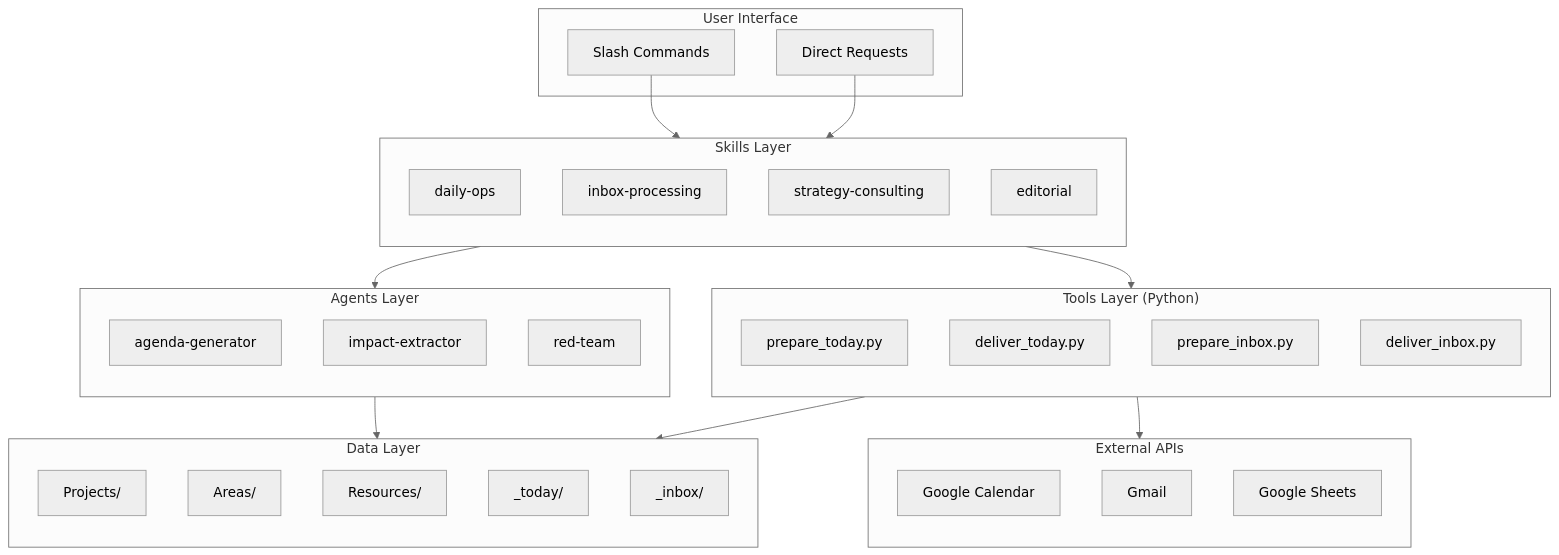
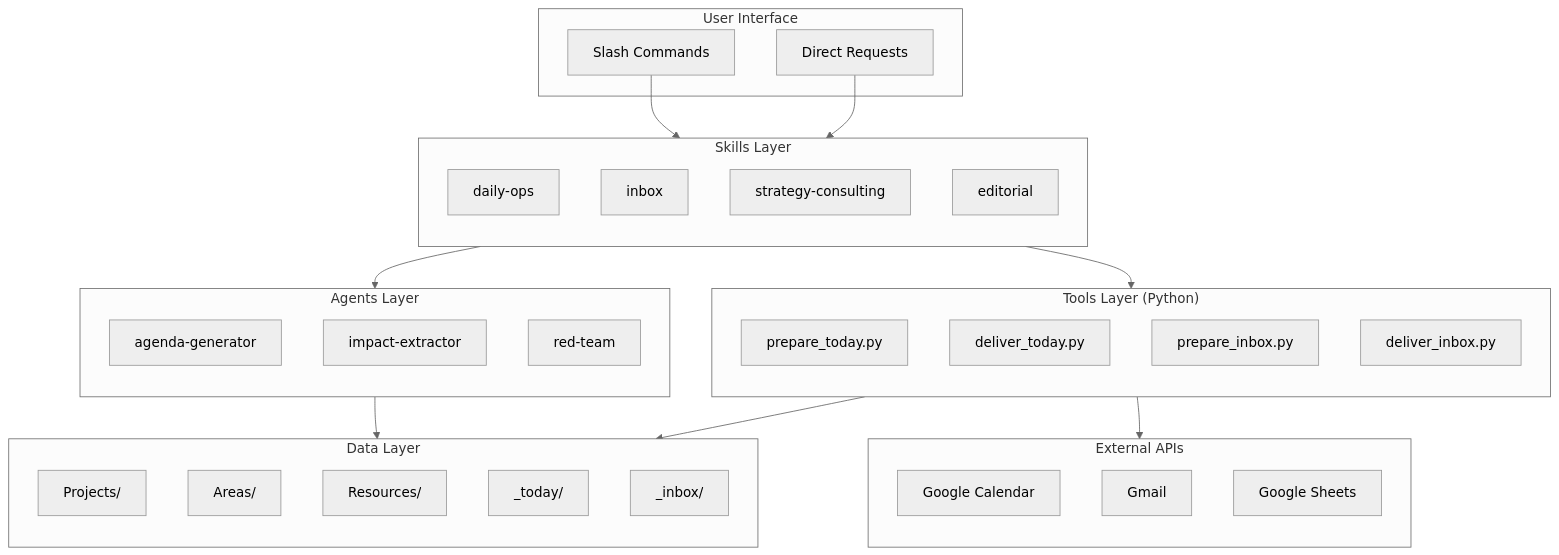
The first of 6 diagrams in docs/guides/skill-agent-tool-layers.md (jamesgiroux/daily-operating-system), drawn with Mermaid (neutral theme) before and after one commit. The commit also changed other lines of this file and 6 other files, not shown here.

First line of the commit message:
fix: Rename /inbox-processing to /inbox throughout docs

````diff
--- a/docs/guides/skill-agent-tool-layers.md
+++ b/docs/guides/skill-agent-tool-layers.md
@@ -13,54 +13,54 @@
 ```mermaid
 flowchart TB
     subgraph User["User Interface"]
         CMD[Slash Commands]
         REQ[Direct Requests]
     end
 
     subgraph Skills["Skills Layer"]
         direction TB
         SKILL1[daily-ops]
-        SKILL2[inbox-processing]
+        SKILL2[inbox]
         SKILL3[strategy-consulting]
         SKILL4[editorial]
     end
 
     subgraph Agents["Agents Layer"]
         direction TB
         AG1[agenda-generator]
         AG2[impact-extractor]
         AG3[red-team]
     end
 
     subgraph Tools["Tools Layer (Python)"]
         direction TB
         TOOL1[prepare_today.py]
         TOOL2[deliver_today.py]
         TOOL3[prepare_inbox.py]
         TOOL4[deliver_inbox.py]
     end
 
     subgraph Data["Data Layer"]
         direction TB
         PROJ[Projects/]
         AREAS[Areas/]
         RES[Resources/]
         TODAY[_today/]
         INBOX[_inbox/]
     end
 
     subgraph External["External APIs"]
         direction TB
         GCAL[Google Calendar]
         GMAIL[Gmail]
         SHEETS[Google Sheets]
     end
 
     CMD --> Skills
     REQ --> Skills
     Skills --> Agents
     Skills --> Tools
     Agents --> Data
     Tools --> Data
     Tools --> External
 ```
````
